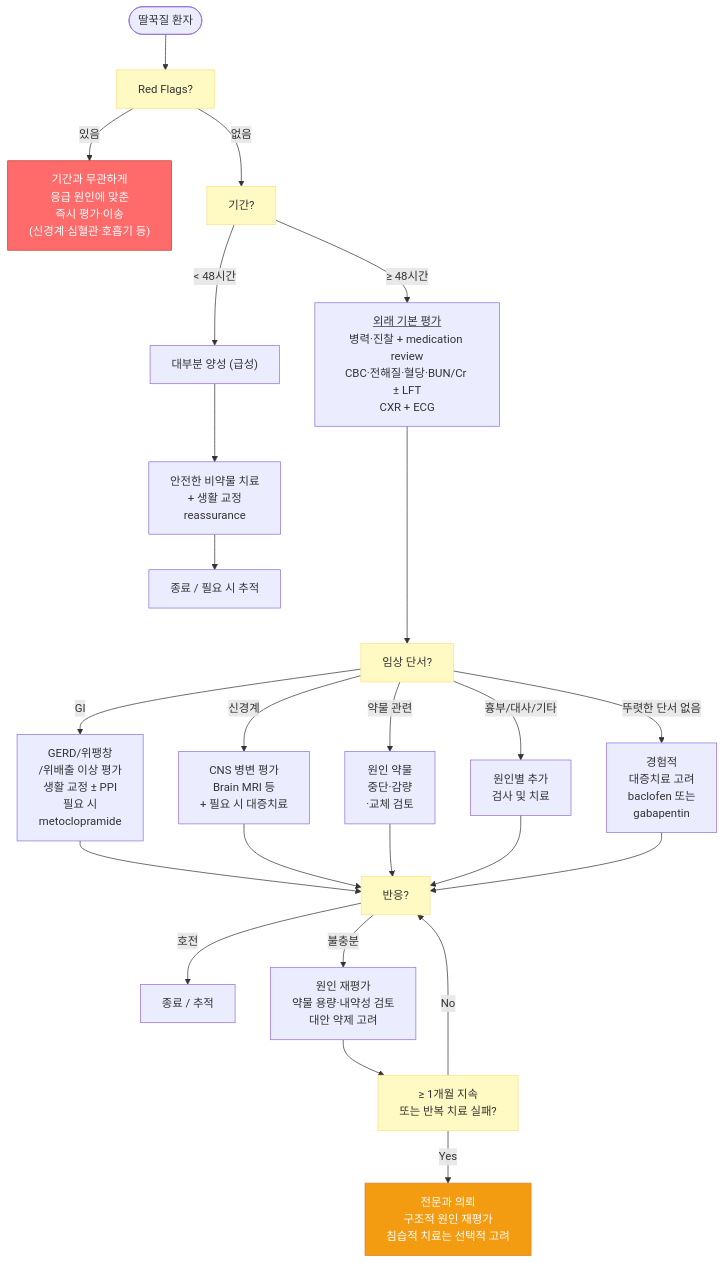
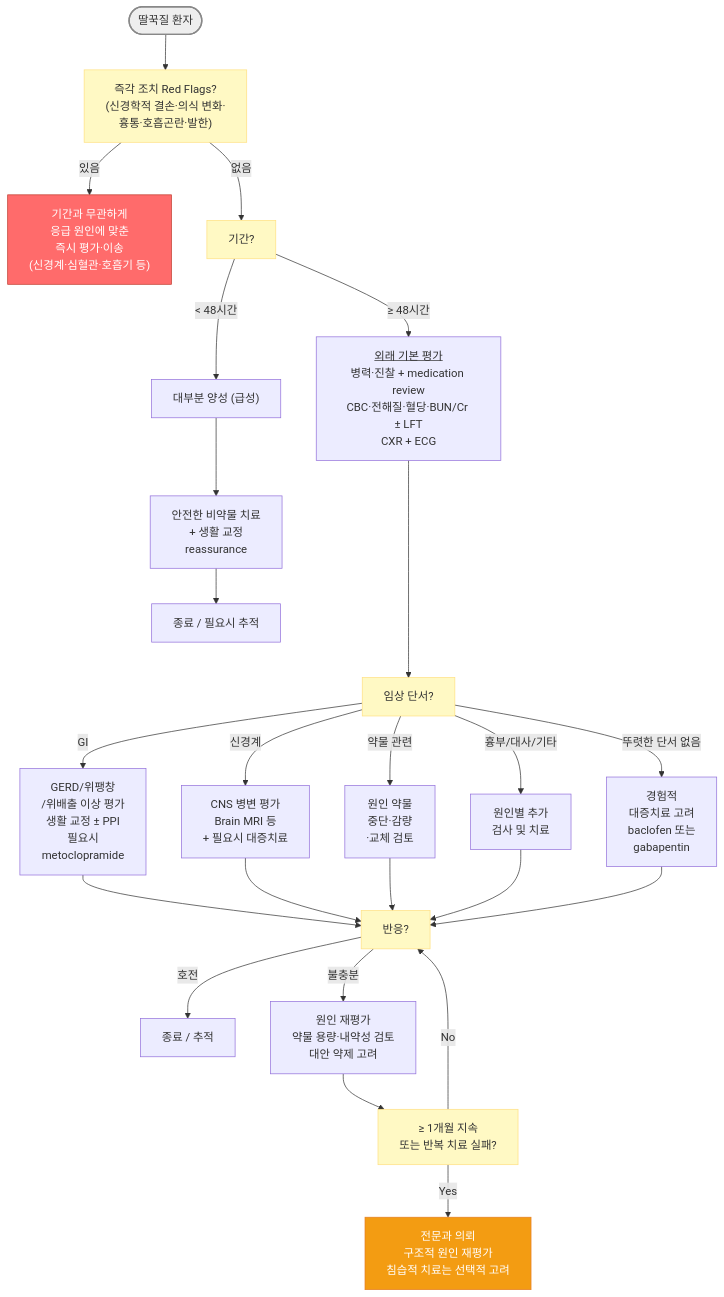
One commit to familyoh77/familyoh77 changed the diagram in 220_/010_-hiccups-singultus.md. Above: the diagram before and after it, drawn with Mermaid. The commit also changed other lines of this file and 4 other files, not shown here.

````diff
--- a/220_/010_-hiccups-singultus.md
+++ b/220_/010_-hiccups-singultus.md
@@ -113,31 +115,32 @@
 ```mermaid
 graph TD
-    A([딸꾹질 환자]) --> Z[Red Flags?]
+    A([딸꾹질 환자]) --> Z["즉각 조치 Red Flags?<br/>(신경학적 결손·의식 변화·<br/>흉통·호흡곤란·발한)"]
     Z -->|있음| G["기간과 무관하게<br/>응급 원인에 맞춘 <br/>즉시 평가·이송<br/>(신경계·심혈관·호흡기 등)"]
     Z -->|없음| B[기간?]
     B -->|"< 48시간"| C["대부분 양성 (급성)"]
     C --> D["안전한 비약물 치료 <br/>+ 생활 교정<br/>reassurance"]
-    D --> E[종료 / 필요 시 추적]
+    D --> E[종료 / 필요시 추적]
     B -->|"≥ 48시간"| H["<u>외래 기본 평가</u><br/>병력·진찰 + medication review<br/>CBC·전해질·혈당·BUN/Cr <br/>± LFT<br/>CXR + ECG"]
     H ----> I[임상 단서?]
-    I -->|GI| J["GERD/위팽창<br/>/위배출 이상 평가<br/>생활 교정 ± PPI<br/>필요 시 <br/>metoclopramide"]
-    I -->|신경계| K["CNS 병변 평가<br/>Brain MRI 등<br/>+ 필요 시 대증치료"]
+    I -->|GI| J["GERD/위팽창<br/>/위배출 이상 평가<br/>생활 교정 ± PPI<br/>필요시 <br/>metoclopramide"]
+    I -->|신경계| K["CNS 병변 평가<br/>Brain MRI 등<br/>+ 필요시 대증치료"]
     I -->|약물 관련| L["원인 약물 <br/>중단·감량<br/>·교체 검토"]
     I -->|흉부/대사/기타| M["원인별 추가 <br/>검사 및 치료"]
     I -->|뚜렷한 단서 없음| N["경험적 <br/>대증치료 고려<br/>baclofen 또는<br/> gabapentin"]
     J --> O[반응?]
     K --> O
     L --> O
     M --> O
     N --> O
     O -->|호전| P[종료 / 추적]
     O -->|불충분| Q["원인 재평가<br/>약물 용량·내약성 검토<br/>대안 약제 고려"]
     Q --> R["≥ 1개월 지속<br/>또는 반복 치료 실패?"]
     R -->|Yes| S["전문과 의뢰<br/>구조적 원인 재평가<br/>침습적 치료는 선택적 고려"]
     R -->|No| O
+    style A fill:#eeeeee,stroke:#888888,stroke-width:2px
     style G fill:#ff6b6b,stroke:#c0392b,color:#fff
     style S fill:#f39c12,stroke:#e67e22,color:#fff
 
 classDef yellow fill:#fff9c4,stroke:#ffe082
 class I,O,R,Z,B yellow
 ```
````
